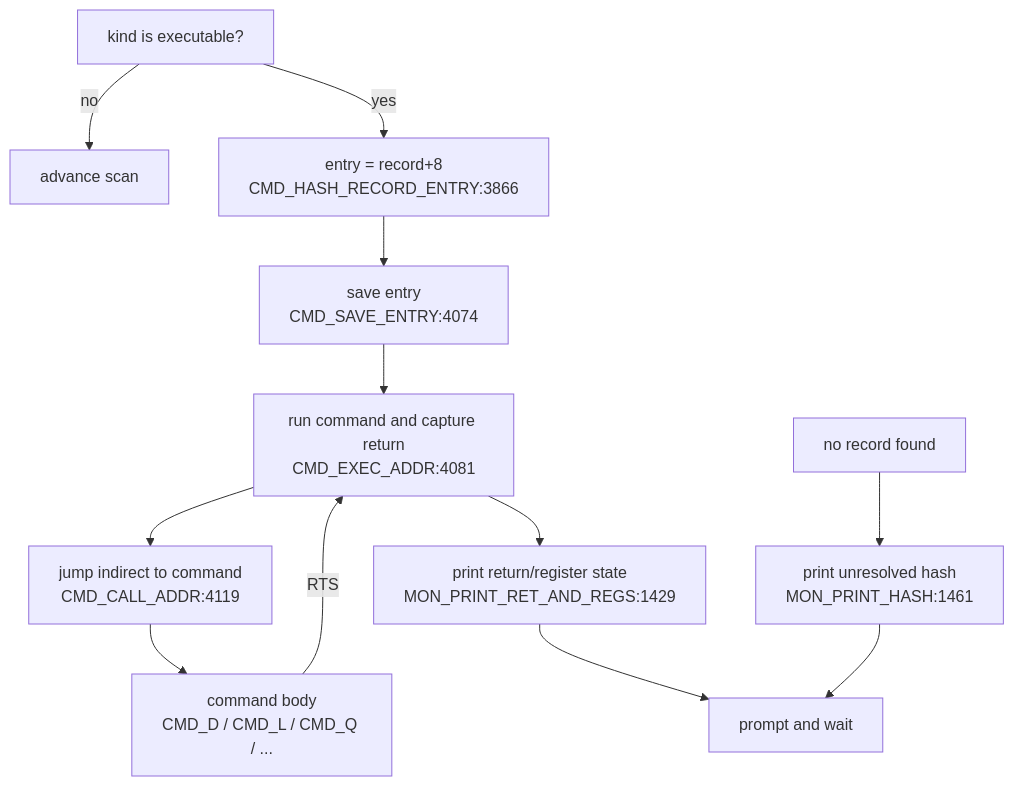
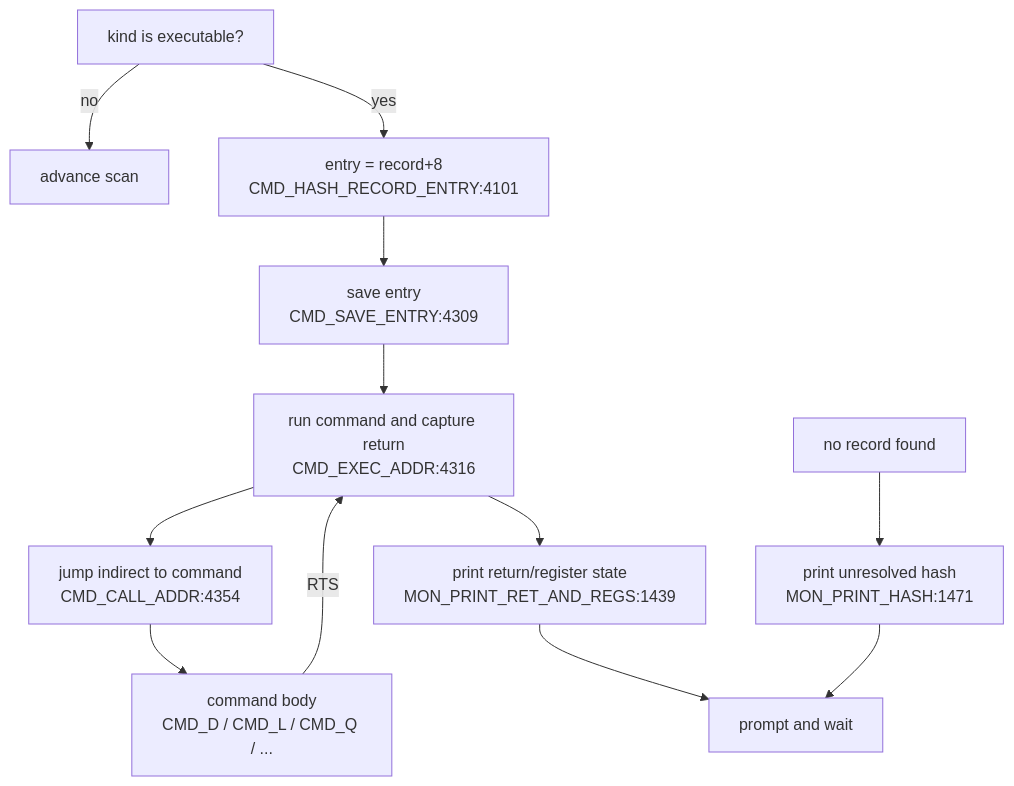
Before and after one commit to 95westus/R-YORS: the fourth of 4 diagrams in DOC/GENERATED/CMD_FLOW_MAP.md, drawn with Mermaid. The commit also changed other lines of this file and 45 other files, not shown here.

````diff
--- a/DOC/GENERATED/CMD_FLOW_MAP.md
+++ b/DOC/GENERATED/CMD_FLOW_MAP.md
@@ -58,14 +58,14 @@
 ```mermaid
 flowchart TD
     EXECOK["kind is executable?"] -->|no| ADV["advance scan"]
-    EXECOK -->|yes| ENTRY["entry = record+8<br/>CMD_HASH_RECORD_ENTRY:3866"]
-    ENTRY --> SAVEENTRY["save entry<br/>CMD_SAVE_ENTRY:4074"]
-    SAVEENTRY --> RUN["run command and capture return<br/>CMD_EXEC_ADDR:4081"]
-    RUN --> CALL["jump indirect to command<br/>CMD_CALL_ADDR:4119"]
+    EXECOK -->|yes| ENTRY["entry = record+8<br/>CMD_HASH_RECORD_ENTRY:4101"]
+    ENTRY --> SAVEENTRY["save entry<br/>CMD_SAVE_ENTRY:4309"]
+    SAVEENTRY --> RUN["run command and capture return<br/>CMD_EXEC_ADDR:4316"]
+    RUN --> CALL["jump indirect to command<br/>CMD_CALL_ADDR:4354"]
     CALL --> BODY["command body<br/>CMD_D / CMD_L / CMD_Q / ..."]
     BODY -->|RTS| RUN
-    RUN --> RETPRINT["print return/register state<br/>MON_PRINT_RET_AND_REGS:1429"]
+    RUN --> RETPRINT["print return/register state<br/>MON_PRINT_RET_AND_REGS:1439"]
     RETPRINT --> LOOP["prompt and wait"]
-    MISS["no record found"] --> PRHASH["print unresolved hash<br/>MON_PRINT_HASH:1461"]
+    MISS["no record found"] --> PRHASH["print unresolved hash<br/>MON_PRINT_HASH:1471"]
     PRHASH --> LOOP
 ```
````
